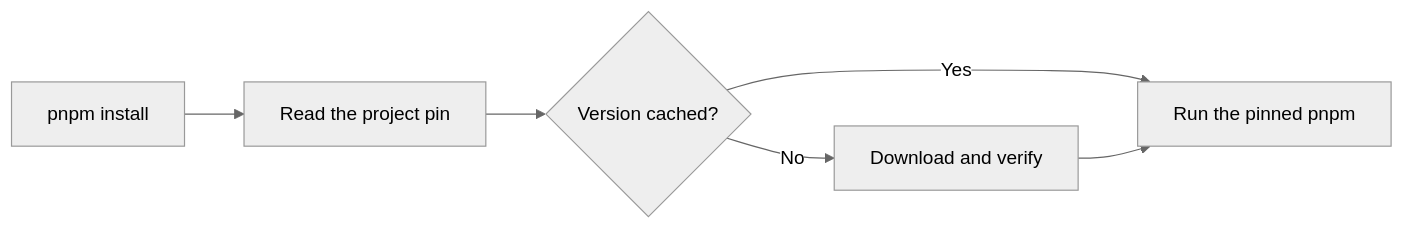
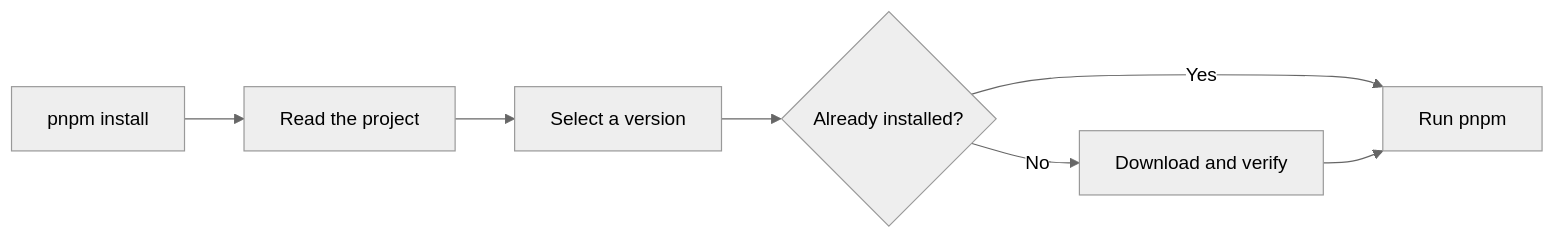
One commit to unjs/jup changed the diagram in docs/0.index.md. Above: the diagram before and after it, drawn with Mermaid (neutral theme). The commit also changed other lines of this file and 10 other files, not shown here.

````diff
--- a/docs/0.index.md
+++ b/docs/0.index.md
@@ -31,8 +43,9 @@
 ```mermaid
 flowchart LR
-    command["pnpm install"] --> pin["Read the project pin"]
-    pin --> cached{"Version cached?"}
-    cached -- Yes --> run["Run the pinned pnpm"]
-    cached -- No --> download["Download and verify"]
-    download --> run
+  command["pnpm install"] --> project["Read the project"]
+  project --> select["Select a version"]
+  select --> cached{"Already installed?"}
+  cached -- Yes --> run["Run pnpm"]
+  cached -- No --> verify["Download and verify"]
+  verify --> run
 ```
````
